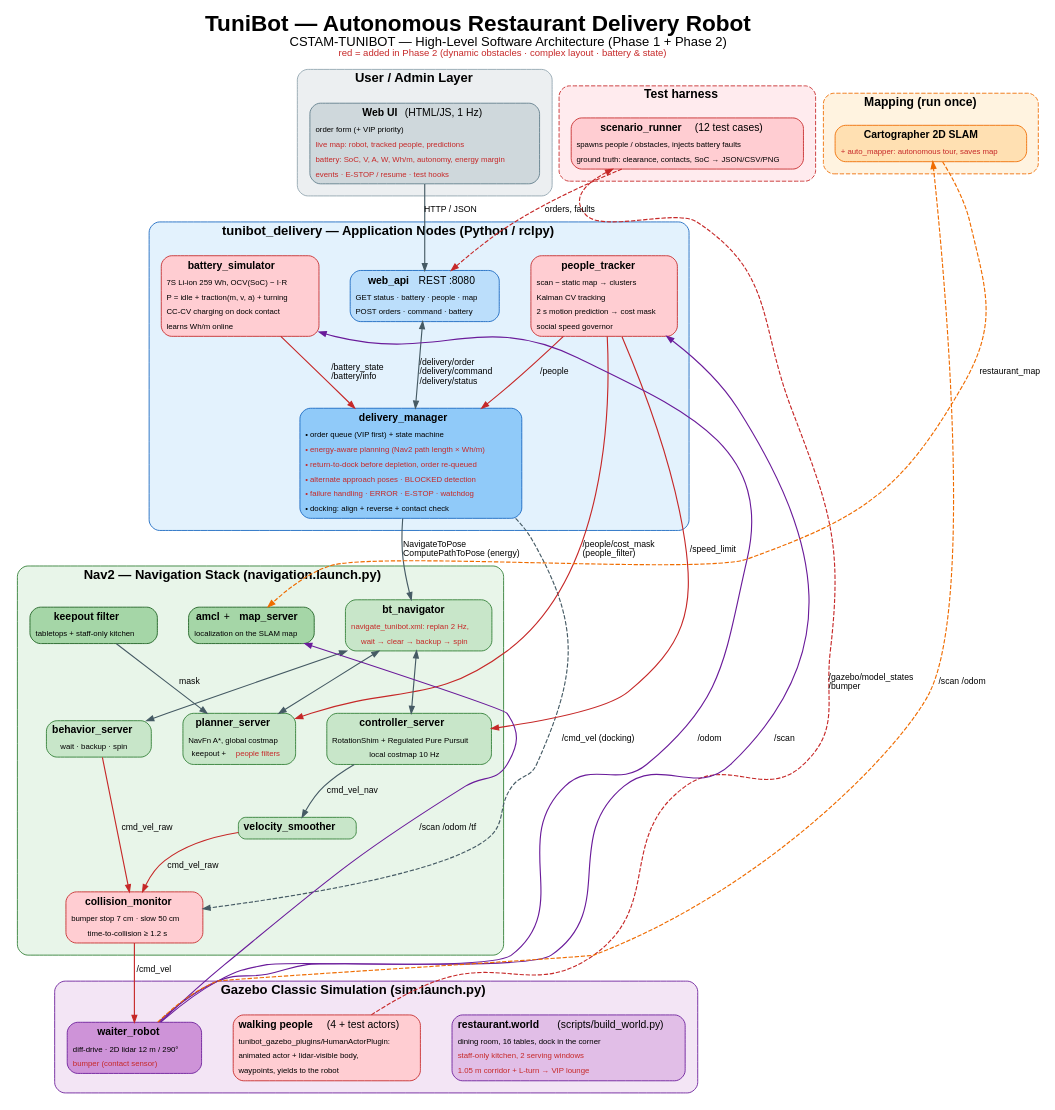
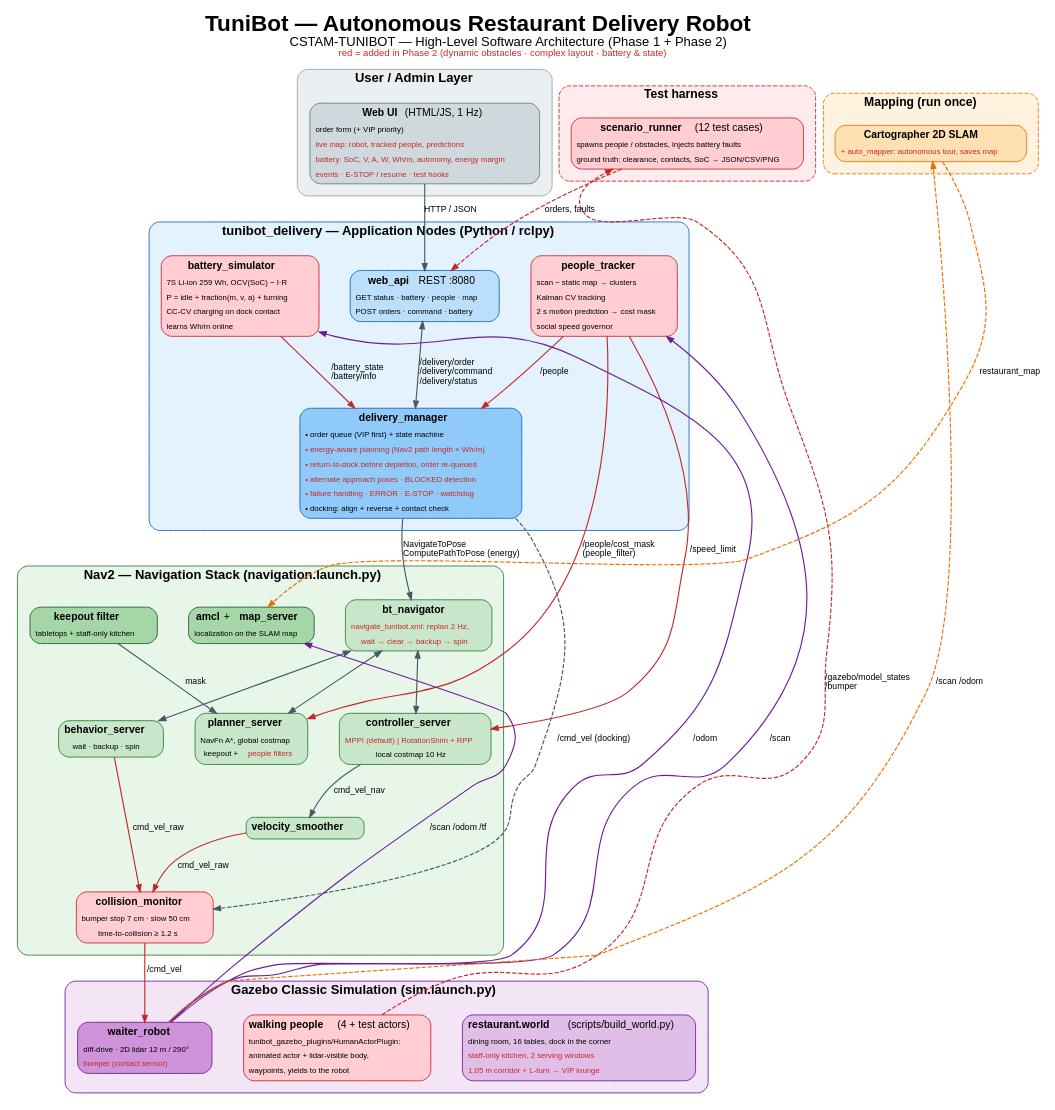
Before and after one commit to ghassenbani10-eng/Iot-Hunters: the diagram in src/tunibot_delivery/docs/architecture.dot, drawn with Graphviz. The commit also changed 8 other files, not shown here.

Commit message:
Phase 2: MPPI controller by default (benchmarked vs RPP), braking holds, demo recorder

```diff
--- a/src/tunibot_delivery/docs/architecture.dot
+++ b/src/tunibot_delivery/docs/architecture.dot
@@ -1,153 +1,153 @@
 digraph TuniBotArchitecture {
   rankdir=TB;
   fontname="Helvetica";
   labelloc="t";
   label=<<FONT POINT-SIZE="26"><B>TuniBot — Autonomous Restaurant Delivery Robot</B></FONT><BR/><FONT POINT-SIZE="15">CSTAM-TUNIBOT — High-Level Software Architecture (Phase 1 + Phase 2)</FONT><BR/><FONT POINT-SIZE="11" COLOR="#c62828">red = added in Phase 2 (dynamic obstacles · complex layout · battery &amp; state)</FONT>>;
   bgcolor="white";
   nodesep=0.5;
   ranksep=0.7;
   node [fontname="Helvetica", fontsize=12, shape=plain];
   edge [fontname="Helvetica", fontsize=10, color="#455a64", penwidth=1.3, arrowsize=0.8];
 
   // ---------------- USER / ADMIN ----------------
   subgraph cluster_ui {
     label=<<B>User / Admin Layer</B>>;
     fontsize=15; style="rounded,filled"; color="#90a4ae"; fillcolor="#eceff1"; margin=14;
     WEB [label=<
       <TABLE BORDER="1" CELLBORDER="0" CELLSPACING="3" BGCOLOR="#cfd8dc" COLOR="#607d8b" STYLE="ROUNDED">
         <TR><TD><B>Web UI</B> (HTML/JS, 1 Hz)</TD></TR>
         <TR><TD ALIGN="LEFT"><FONT POINT-SIZE="9">order form (+ VIP priority)</FONT></TD></TR>
         <TR><TD ALIGN="LEFT"><FONT POINT-SIZE="9" COLOR="#c62828">live map: robot, tracked people, predictions</FONT></TD></TR>
         <TR><TD ALIGN="LEFT"><FONT POINT-SIZE="9" COLOR="#c62828">battery: SoC, V, A, W, Wh/m, autonomy, energy margin</FONT></TD></TR>
         <TR><TD ALIGN="LEFT"><FONT POINT-SIZE="9" COLOR="#c62828">events · E-STOP / resume · test hooks</FONT></TD></TR>
       </TABLE>>];
   }
 
   // ---------------- APPLICATION ----------------
   subgraph cluster_app {
     label=<<B>tunibot_delivery — Application Nodes (Python / rclpy)</B>>;
     fontsize=15; style="rounded,filled"; color="#1565c0"; fillcolor="#e3f2fd"; margin=14;
     API [label=<
       <TABLE BORDER="1" CELLBORDER="0" CELLSPACING="3" BGCOLOR="#bbdefb" COLOR="#1565c0" STYLE="ROUNDED">
         <TR><TD><B>web_api</B>  REST :8080</TD></TR>
         <TR><TD ALIGN="LEFT"><FONT POINT-SIZE="9">GET status · battery · people · map</FONT></TD></TR>
         <TR><TD ALIGN="LEFT"><FONT POINT-SIZE="9">POST orders · command · battery</FONT></TD></TR>
       </TABLE>>];
     DM [label=<
       <TABLE BORDER="1" CELLBORDER="0" CELLSPACING="3" BGCOLOR="#90caf9" COLOR="#1565c0" STYLE="ROUNDED">
         <TR><TD><B>delivery_manager</B></TD></TR>
         <TR><TD ALIGN="LEFT"><FONT POINT-SIZE="9">• order queue (VIP first) + state machine</FONT></TD></TR>
         <TR><TD ALIGN="LEFT"><FONT POINT-SIZE="9" COLOR="#c62828">• energy-aware planning (Nav2 path length × Wh/m)</FONT></TD></TR>
         <TR><TD ALIGN="LEFT"><FONT POINT-SIZE="9" COLOR="#c62828">• return-to-dock before depletion, order re-queued</FONT></TD></TR>
         <TR><TD ALIGN="LEFT"><FONT POINT-SIZE="9" COLOR="#c62828">• alternate approach poses · BLOCKED detection</FONT></TD></TR>
         <TR><TD ALIGN="LEFT"><FONT POINT-SIZE="9" COLOR="#c62828">• failure handling · ERROR · E-STOP · watchdog</FONT></TD></TR>
         <TR><TD ALIGN="LEFT"><FONT POINT-SIZE="9">• docking: align + reverse + contact check</FONT></TD></TR>
       </TABLE>>];
     BATT [label=<
       <TABLE BORDER="1" CELLBORDER="0" CELLSPACING="3" BGCOLOR="#ffcdd2" COLOR="#c62828" STYLE="ROUNDED">
         <TR><TD><B>battery_simulator</B></TD></TR>
         <TR><TD ALIGN="LEFT"><FONT POINT-SIZE="9">7S Li-ion 259 Wh, OCV(SoC) − I·R</FONT></TD></TR>
         <TR><TD ALIGN="LEFT"><FONT POINT-SIZE="9">P = idle + traction(m, v, a) + turning</FONT></TD></TR>
         <TR><TD ALIGN="LEFT"><FONT POINT-SIZE="9">CC-CV charging on dock contact</FONT></TD></TR>
         <TR><TD ALIGN="LEFT"><FONT POINT-SIZE="9">learns Wh/m online</FONT></TD></TR>
       </TABLE>>];
     PT [label=<
       <TABLE BORDER="1" CELLBORDER="0" CELLSPACING="3" BGCOLOR="#ffcdd2" COLOR="#c62828" STYLE="ROUNDED">
         <TR><TD><B>people_tracker</B></TD></TR>
         <TR><TD ALIGN="LEFT"><FONT POINT-SIZE="9">scan − static map → clusters</FONT></TD></TR>
         <TR><TD ALIGN="LEFT"><FONT POINT-SIZE="9">Kalman CV tracking</FONT></TD></TR>
         <TR><TD ALIGN="LEFT"><FONT POINT-SIZE="9">2 s motion prediction → cost mask</FONT></TD></TR>
         <TR><TD ALIGN="LEFT"><FONT POINT-SIZE="9">social speed governor</FONT></TD></TR>
       </TABLE>>];
     API -> DM [dir=both, label="/delivery/order\l/delivery/command\l/delivery/status\l"];
     BATT -> DM [label="/battery_state\l/battery/info\l", color="#c62828"];
     PT -> DM [label="/people", color="#c62828"];
   }
 
   // ---------------- NAV2 ----------------
   subgraph cluster_nav2 {
     label=<<B>Nav2 — Navigation Stack (navigation.launch.py)</B>>;
     fontsize=15; style="rounded,filled"; color="#2e7d32"; fillcolor="#e8f5e9"; margin=14;
     BT [label=<<TABLE BORDER="1" CELLBORDER="0" CELLSPACING="3" BGCOLOR="#c8e6c9" COLOR="#2e7d32" STYLE="ROUNDED"><TR><TD><B>bt_navigator</B></TD></TR><TR><TD><FONT POINT-SIZE="9" COLOR="#c62828">navigate_tunibot.xml: replan 2 Hz,</FONT></TD></TR><TR><TD><FONT POINT-SIZE="9" COLOR="#c62828">wait → clear → backup → spin</FONT></TD></TR></TABLE>>];
     PLAN [label=<<TABLE BORDER="1" CELLBORDER="0" CELLSPACING="3" BGCOLOR="#c8e6c9" COLOR="#2e7d32" STYLE="ROUNDED"><TR><TD><B>planner_server</B></TD></TR><TR><TD><FONT POINT-SIZE="9">NavFn A*, global costmap</FONT></TD></TR><TR><TD><FONT POINT-SIZE="9">keepout + <FONT COLOR="#c62828">people filters</FONT></FONT></TD></TR></TABLE>>];
-    CTRL [label=<<TABLE BORDER="1" CELLBORDER="0" CELLSPACING="3" BGCOLOR="#c8e6c9" COLOR="#2e7d32" STYLE="ROUNDED"><TR><TD><B>controller_server</B></TD></TR><TR><TD><FONT POINT-SIZE="9">RotationShim + Regulated Pure Pursuit</FONT></TD></TR><TR><TD><FONT POINT-SIZE="9">local costmap 10 Hz</FONT></TD></TR></TABLE>>];
+    CTRL [label=<<TABLE BORDER="1" CELLBORDER="0" CELLSPACING="3" BGCOLOR="#c8e6c9" COLOR="#2e7d32" STYLE="ROUNDED"><TR><TD><B>controller_server</B></TD></TR><TR><TD><FONT POINT-SIZE="9" COLOR="#c62828">MPPI (default) | RotationShim + RPP</FONT></TD></TR><TR><TD><FONT POINT-SIZE="9">local costmap 10 Hz</FONT></TD></TR></TABLE>>];
     BEH [label=<<TABLE BORDER="1" CELLBORDER="0" CELLSPACING="3" BGCOLOR="#c8e6c9" COLOR="#2e7d32" STYLE="ROUNDED"><TR><TD><B>behavior_server</B></TD></TR><TR><TD><FONT POINT-SIZE="9">wait · backup · spin</FONT></TD></TR></TABLE>>];
     SMOOTH [label=<<TABLE BORDER="1" CELLBORDER="0" CELLSPACING="3" BGCOLOR="#c8e6c9" COLOR="#2e7d32" STYLE="ROUNDED"><TR><TD><B>velocity_smoother</B></TD></TR></TABLE>>];
     CM [label=<<TABLE BORDER="1" CELLBORDER="0" CELLSPACING="3" BGCOLOR="#ffcdd2" COLOR="#c62828" STYLE="ROUNDED"><TR><TD><B>collision_monitor</B></TD></TR><TR><TD><FONT POINT-SIZE="9">bumper stop 7 cm · slow 50 cm</FONT></TD></TR><TR><TD><FONT POINT-SIZE="9">time-to-collision ≥ 1.2 s</FONT></TD></TR></TABLE>>];
     AMCL [label=<<TABLE BORDER="1" CELLBORDER="0" CELLSPACING="3" BGCOLOR="#a5d6a7" COLOR="#1b5e20" STYLE="ROUNDED"><TR><TD><B>amcl</B> + <B>map_server</B></TD></TR><TR><TD><FONT POINT-SIZE="9">localization on the SLAM map</FONT></TD></TR></TABLE>>];
     KEEP [label=<<TABLE BORDER="1" CELLBORDER="0" CELLSPACING="3" BGCOLOR="#a5d6a7" COLOR="#1b5e20" STYLE="ROUNDED"><TR><TD><B>keepout filter</B></TD></TR><TR><TD><FONT POINT-SIZE="9">tabletops + staff-only kitchen</FONT></TD></TR></TABLE>>];
 
     { rank=same; AMCL; BT; KEEP; }
     { rank=same; PLAN; CTRL; BEH; }
     BT -> PLAN [dir=both];
     BT -> CTRL [dir=both];
     BT -> BEH [dir=both];
     KEEP -> PLAN [label=" mask"];
     CTRL -> SMOOTH [label="cmd_vel_nav"];
     SMOOTH -> CM [label="cmd_vel_raw", color="#c62828"];
     BEH -> CM [label="cmd_vel_raw", color="#c62828"];
   }
 
   // ---------------- SIMULATION ----------------
   subgraph cluster_sim {
     label=<<B>Gazebo Classic Simulation (sim.launch.py)</B>>;
     fontsize=15; style="rounded,filled"; color="#6a1b9a"; fillcolor="#f3e5f5"; margin=14;
     WORLD [label=<
       <TABLE BORDER="1" CELLBORDER="0" CELLSPACING="3" BGCOLOR="#e1bee7" COLOR="#6a1b9a" STYLE="ROUNDED">
         <TR><TD><B>restaurant.world</B> (scripts/build_world.py)</TD></TR>
         <TR><TD ALIGN="LEFT"><FONT POINT-SIZE="9">dining room, 16 tables, dock in the corner</FONT></TD></TR>
         <TR><TD ALIGN="LEFT"><FONT POINT-SIZE="9" COLOR="#c62828">staff-only kitchen, 2 serving windows</FONT></TD></TR>
         <TR><TD ALIGN="LEFT"><FONT POINT-SIZE="9" COLOR="#c62828">1.05 m corridor + L-turn → VIP lounge</FONT></TD></TR>
       </TABLE>>];
     HUM [label=<
       <TABLE BORDER="1" CELLBORDER="0" CELLSPACING="3" BGCOLOR="#ffcdd2" COLOR="#c62828" STYLE="ROUNDED">
         <TR><TD><B>walking people</B> (4 + test actors)</TD></TR>
         <TR><TD ALIGN="LEFT"><FONT POINT-SIZE="9">tunibot_gazebo_plugins/HumanActorPlugin:</FONT></TD></TR>
         <TR><TD ALIGN="LEFT"><FONT POINT-SIZE="9">animated actor + lidar-visible body,</FONT></TD></TR>
         <TR><TD ALIGN="LEFT"><FONT POINT-SIZE="9">waypoints, yields to the robot</FONT></TD></TR>
       </TABLE>>];
     ROBOT [label=<
       <TABLE BORDER="1" CELLBORDER="0" CELLSPACING="3" BGCOLOR="#ce93d8" COLOR="#6a1b9a" STYLE="ROUNDED">
         <TR><TD><B>waiter_robot</B></TD></TR>
         <TR><TD ALIGN="LEFT"><FONT POINT-SIZE="9">diff-drive · 2D lidar 12 m / 290°</FONT></TD></TR>
         <TR><TD ALIGN="LEFT"><FONT POINT-SIZE="9" COLOR="#c62828">bumper (contact sensor)</FONT></TD></TR>
       </TABLE>>];
     { rank=same; WORLD; HUM; ROBOT; }
   }
 
   // ---------------- MAPPING + TESTS ----------------
   subgraph cluster_slam {
     label=<<B>Mapping (run once)</B>>;
     fontsize=14; style="rounded,filled,dashed"; color="#ef6c00"; fillcolor="#fff3e0"; margin=14;
     CARTO [label=<
       <TABLE BORDER="1" CELLBORDER="0" CELLSPACING="3" BGCOLOR="#ffe0b2" COLOR="#ef6c00" STYLE="ROUNDED">
         <TR><TD><B>Cartographer 2D SLAM</B></TD></TR>
         <TR><TD><FONT POINT-SIZE="9" COLOR="#c62828">+ auto_mapper: autonomous tour, saves map</FONT></TD></TR>
       </TABLE>>];
   }
   subgraph cluster_test {
     label=<<B>Test harness</B>>;
     fontsize=14; style="rounded,filled,dashed"; color="#c62828"; fillcolor="#ffebee"; margin=14;
     TEST [label=<
       <TABLE BORDER="1" CELLBORDER="0" CELLSPACING="3" BGCOLOR="#ffcdd2" COLOR="#c62828" STYLE="ROUNDED">
         <TR><TD><B>scenario_runner</B> (12 test cases)</TD></TR>
         <TR><TD ALIGN="LEFT"><FONT POINT-SIZE="9">spawns people / obstacles, injects battery faults</FONT></TD></TR>
         <TR><TD ALIGN="LEFT"><FONT POINT-SIZE="9">ground truth: clearance, contacts, SoC → JSON/CSV/PNG</FONT></TD></TR>
       </TABLE>>];
   }
 
   // ===================== CROSS-LAYER EDGES =====================
   WEB -> API [label="HTTP / JSON"];
   DM -> BT [label="NavigateToPose\lComputePathToPose (energy)\l"];
   DM -> CM [label="/cmd_vel (docking)", style=dashed, constraint=false];
   PT -> PLAN [label="/people/cost_mask\l(people_filter)\l", color="#c62828"];
   PT -> CTRL [label="/speed_limit", color="#c62828"];
   CM -> ROBOT [label="/cmd_vel", color="#c62828"];
   ROBOT -> AMCL [label="/scan /odom /tf", color="#6a1b9a", constraint=false];
   ROBOT -> PT [label="/scan", color="#6a1b9a", constraint=false];
   ROBOT -> BATT [label="/odom", color="#6a1b9a", constraint=false];
   ROBOT -> CARTO [label="/scan /odom", style=dashed, color="#ef6c00", constraint=false];
   CARTO -> AMCL [label="restaurant_map", style=dashed, color="#ef6c00", constraint=false];
   TEST -> API [style=dashed, color="#c62828", label="orders, faults", constraint=false];
   HUM -> TEST [style=dashed, color="#c62828", label="/gazebo/model_states\l/bumper\l", constraint=false];
 }
```
